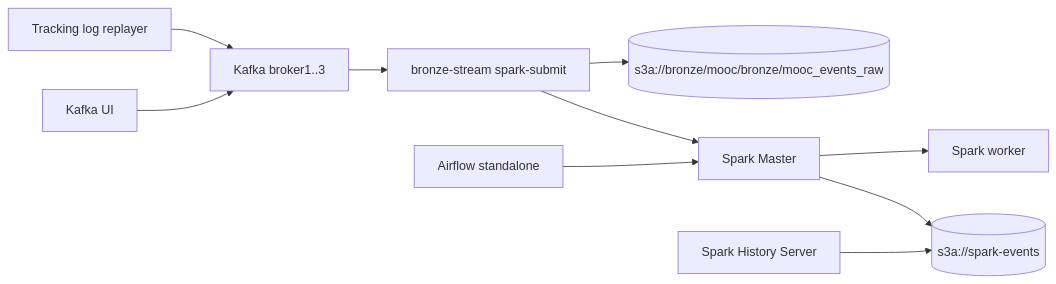
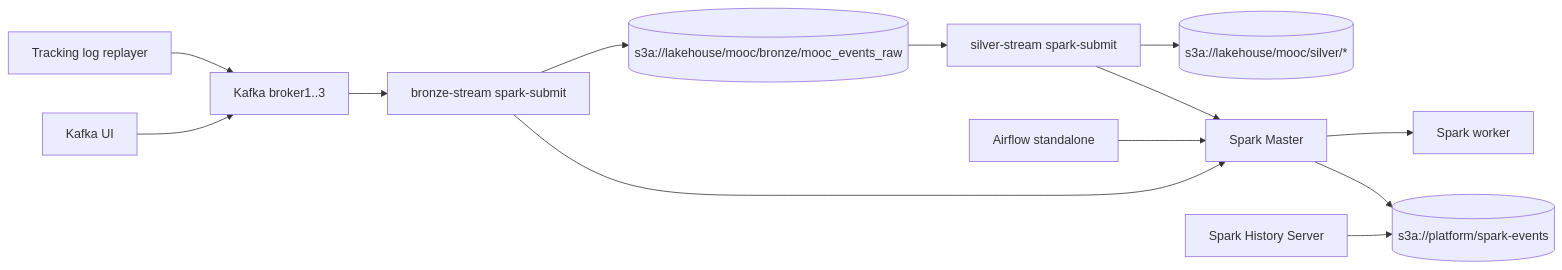
Before and after one commit to Cuong102904/LogAnalysisETL: the diagram in source/docs/runbook.md, drawn with Mermaid. The commit also changed other lines of this file and 45 other files, not shown here.

````diff
--- a/source/docs/runbook.md
+++ b/source/docs/runbook.md
@@ -5,12 +5,15 @@
 ```mermaid
 flowchart LR
   producer[Tracking log replayer] --> kafka[Kafka broker1..3]
   kafka --> bronze[bronze-stream spark-submit]
-  bronze --> bronzeDelta[(s3a://bronze/mooc/bronze/mooc_events_raw)]
+  bronze --> bronzeDelta[(s3a://lakehouse/mooc/bronze/mooc_events_raw)]
+  bronzeDelta --> silver[silver-stream spark-submit]
+  silver --> silverDelta[(s3a://lakehouse/mooc/silver/*)]
   sparkMaster[Spark Master] --> workers[Spark worker]
   bronze --> sparkMaster
+  silver --> sparkMaster
   airflow[Airflow standalone] --> sparkMaster
-  sparkMaster --> events[(s3a://spark-events)]
+  sparkMaster --> events[(s3a://platform/spark-events)]
   history[Spark History Server] --> events
   ui[Kafka UI] --> kafka
 ```
````
